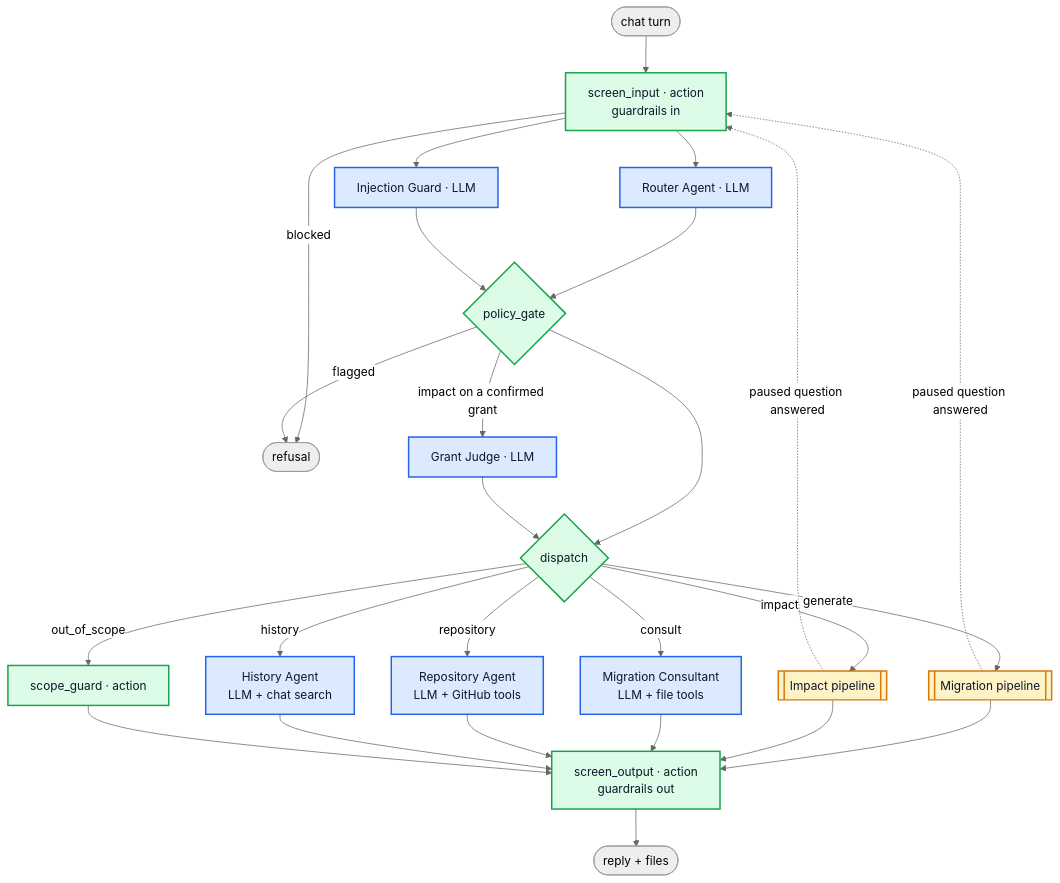
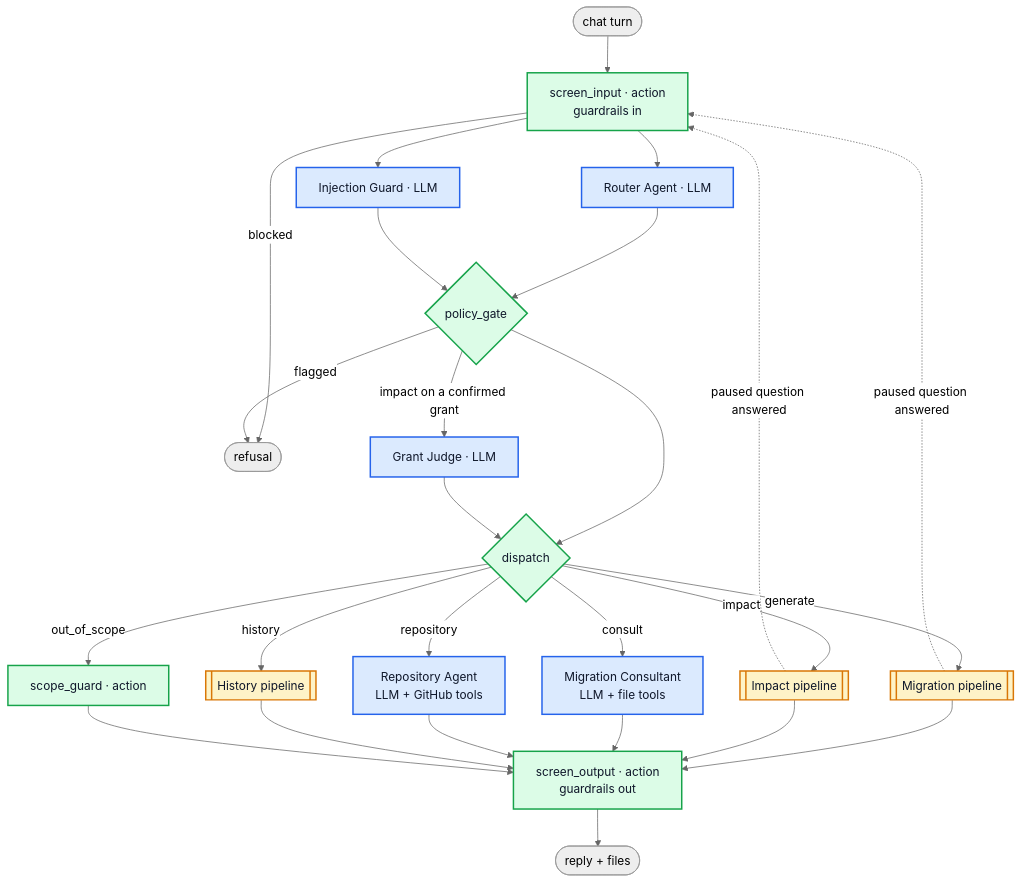
The fifth of 8 diagrams in README.md (shankasf/small_migration), drawn with Mermaid (neutral theme) before and after one commit. The commit also changed other lines of this file and 22 other files, not shown here.

````diff
--- a/README.md
+++ b/README.md
@@ -665,35 +665,35 @@
 ```mermaid
 flowchart TD
     S(["chat turn"]) --> SI["screen_input · action<br/>guardrails in"]
     SI -- blocked --> BL(["refusal"])
     SI --> R["Router Agent · LLM"]
     SI --> G["Injection Guard · LLM"]
     R --> PG{"policy_gate"}
     G --> PG
     PG -- flagged --> BL
     PG -- "impact on a confirmed grant" --> GJ["Grant Judge · LLM"]
     PG --> DI{"dispatch"}
     GJ --> DI
     DI -- generate --> MIG[["Migration pipeline"]]
     DI -- impact --> IMP[["Impact pipeline"]]
     DI -- consult --> CON["Migration Consultant<br/>LLM + file tools"]
     DI -- repository --> REP["Repository Agent<br/>LLM + GitHub tools"]
-    DI -- history --> HIS["History Agent<br/>LLM + chat search"]
+    DI -- history --> HIS[["History pipeline"]]
     DI -- out_of_scope --> SG["scope_guard · action"]
     MIG --> SO["screen_output · action<br/>guardrails out"]
     IMP --> SO
     CON --> SO
     REP --> SO
     HIS --> SO
     SG --> SO
     MIG -. "paused question answered" .-> SI
     IMP -. "paused question answered" .-> SI
     SO --> E(["reply + files"])
 
     classDef llm fill:#dbeafe,stroke:#2563eb,stroke-width:2px,color:#0f172a
     classDef act fill:#dcfce7,stroke:#16a34a,stroke-width:2px,color:#0f172a
     classDef sub fill:#fef3c7,stroke:#d97706,stroke-width:2px,color:#0f172a
-    class R,G,GJ,CON,REP,HIS llm
+    class R,G,GJ,CON,REP llm
     class SI,SO,SG,PG,DI act
-    class MIG,IMP sub
+    class MIG,IMP,HIS sub
 ```
````
